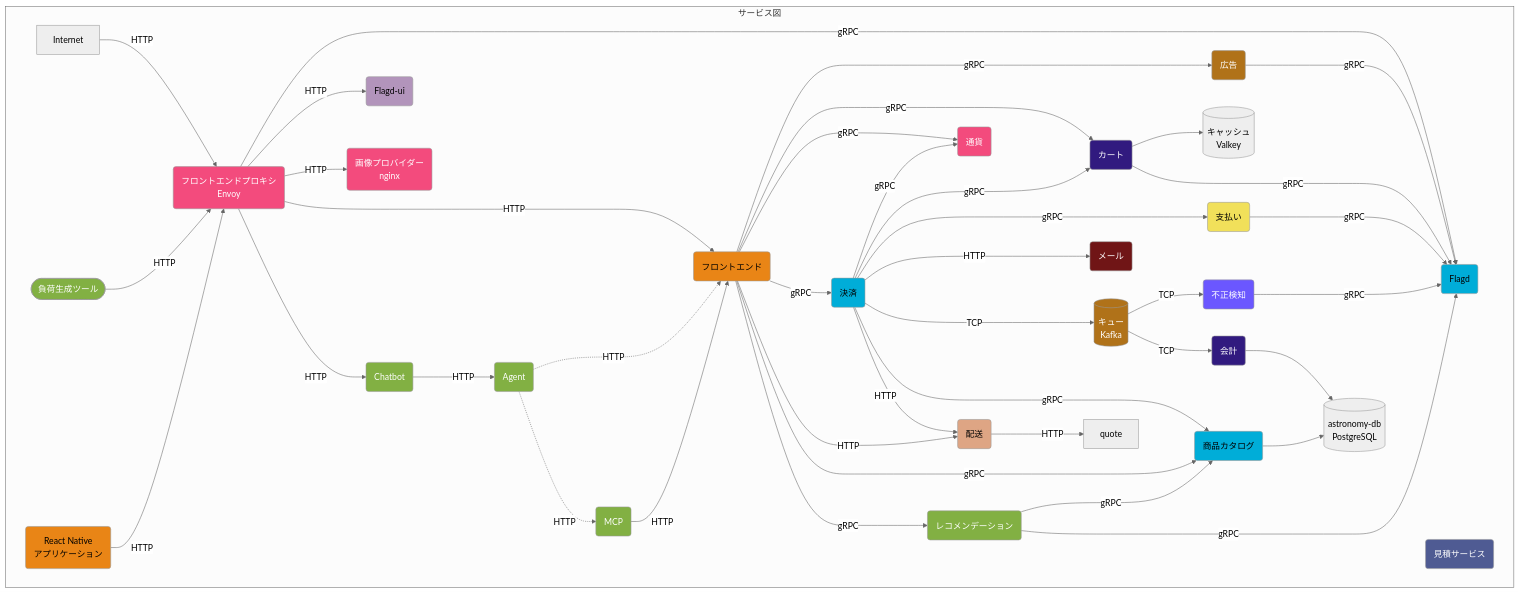
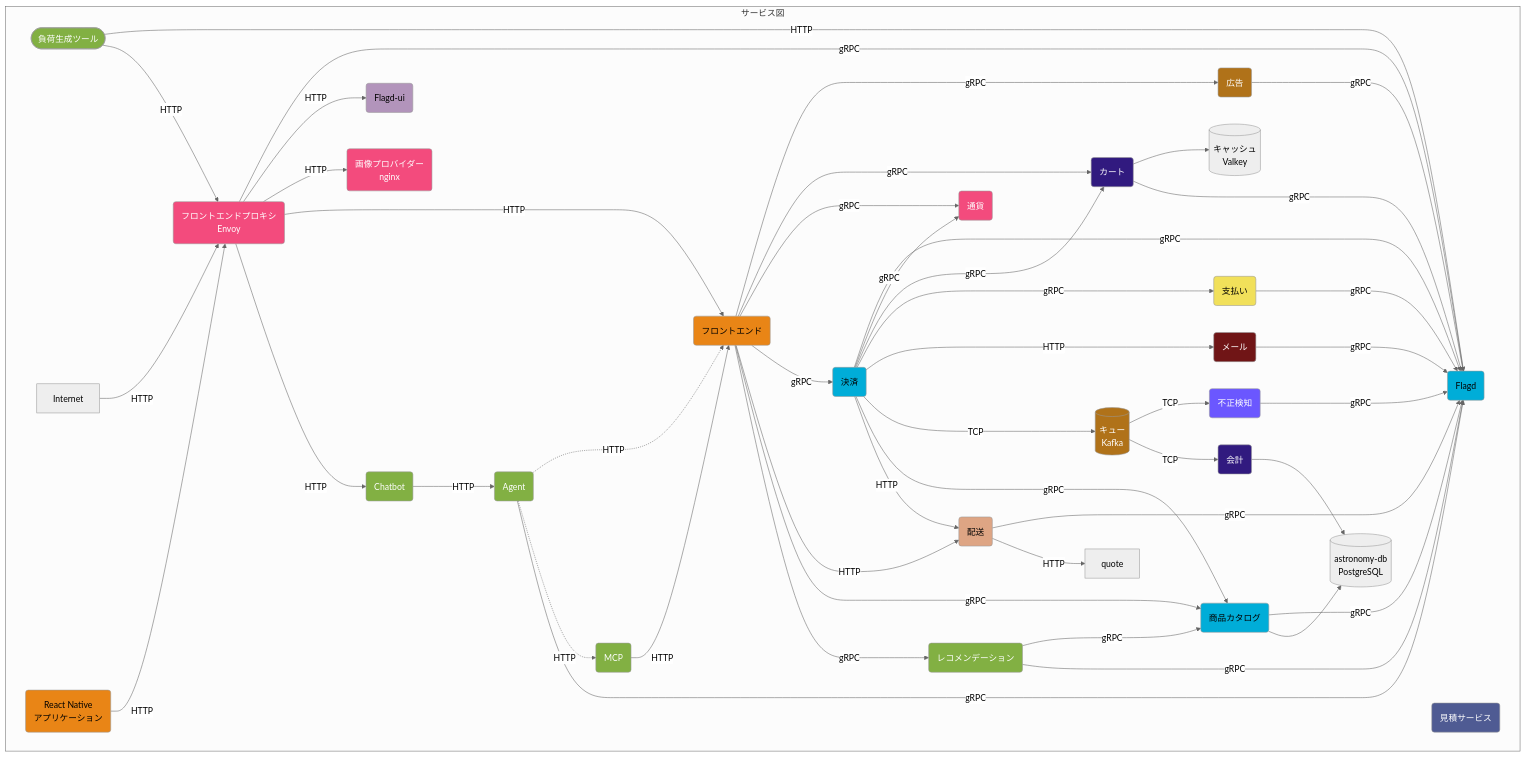
The first of 3 diagrams in content/ja/docs/demo/architecture.md (open-telemetry/opentelemetry.io), drawn with Mermaid (neutral theme) before and after one commit. The commit also changed other lines of this file, not shown here.

Commit message:
[ja] update translation of content/en/docs/demo/architecture.md (#12358)

```diff
--- a/content/ja/docs/demo/architecture.md
+++ b/content/ja/docs/demo/architecture.md
@@ -44,6 +43,12 @@
 agent -.->|HTTP| mcp
 
 ad --->|gRPC| flagd
+checkout --->|gRPC| flagd
+product-catalog --->|gRPC| flagd
+email --->|gRPC| flagd
+shipping --->|gRPC| flagd
+agent --->|gRPC| flagd
+load-generator -->|HTTP| flagd
 
 checkout -->|gRPC| currency
 checkout -->|gRPC| cart
```
